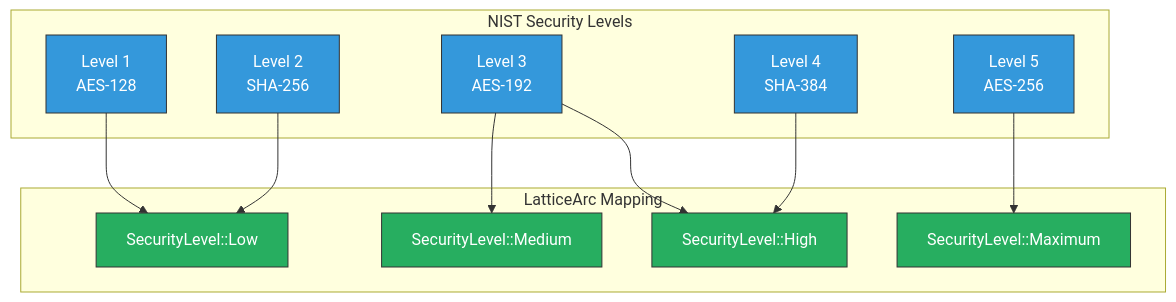
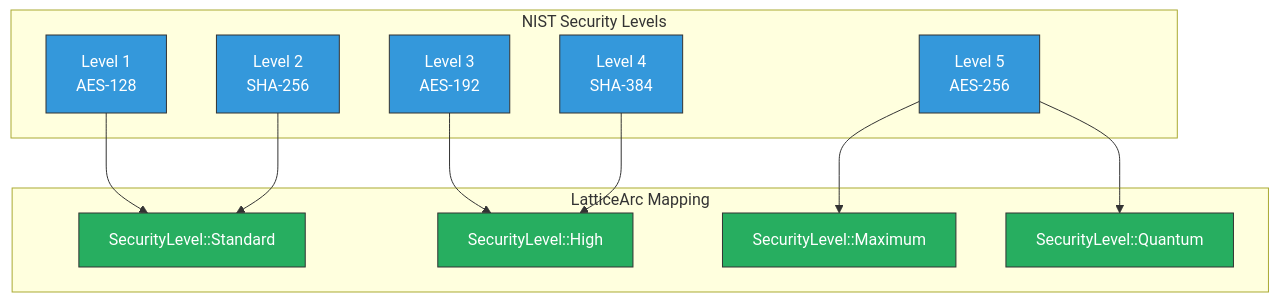
Before and after one commit to LatticeArc/latticearc: the second of 3 diagrams in docs/NIST_COMPLIANCE.md, drawn with Mermaid. The commit also changed other lines of this file and 54 other files, not shown here.

````diff
--- a/docs/NIST_COMPLIANCE.md
+++ b/docs/NIST_COMPLIANCE.md
@@ -178,30 +171,30 @@
 ```mermaid
 graph TD
     subgraph "NIST Security Levels"
         L1[Level 1<br/>AES-128]
         L2[Level 2<br/>SHA-256]
         L3[Level 3<br/>AES-192]
         L4[Level 4<br/>SHA-384]
         L5[Level 5<br/>AES-256]
     end
 
     subgraph "LatticeArc Mapping"
-        LOW[SecurityLevel::Low]
-        MED[SecurityLevel::Medium]
+        STD[SecurityLevel::Standard]
         HIGH[SecurityLevel::High]
         MAX[SecurityLevel::Maximum]
+        QTM[SecurityLevel::Quantum]
     end
 
-    L1 --> LOW
-    L2 --> LOW
-    L3 --> MED
+    L1 --> STD
+    L2 --> STD
     L3 --> HIGH
     L4 --> HIGH
     L5 --> MAX
+    L5 --> QTM
 
     classDef nist fill:#3498db,stroke:#333,color:#fff
     classDef arc fill:#27ae60,stroke:#333,color:#fff
 
     class L1,L2,L3,L4,L5 nist
-    class LOW,MED,HIGH,MAX arc
+    class STD,HIGH,MAX,QTM arc
 ```
````
